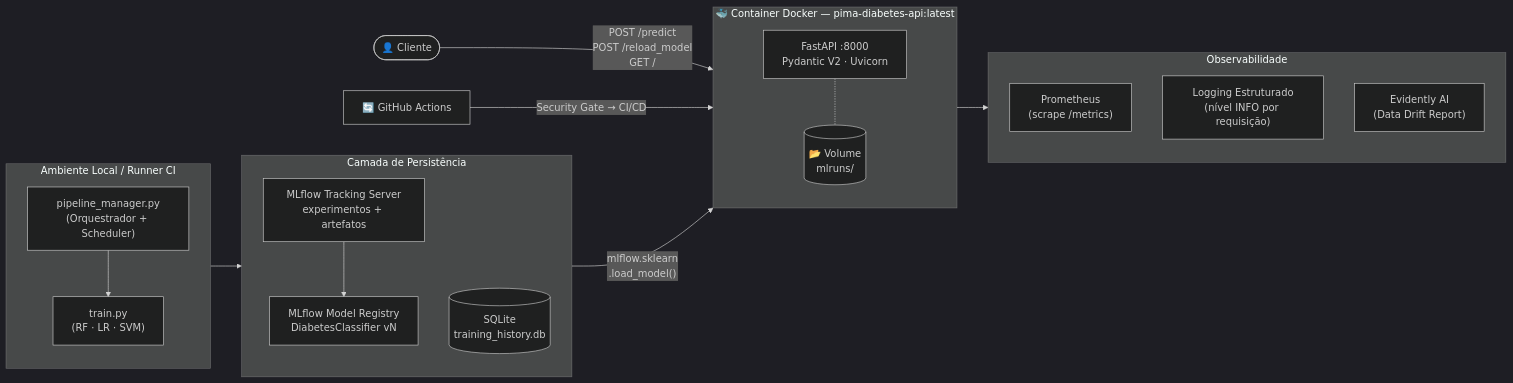
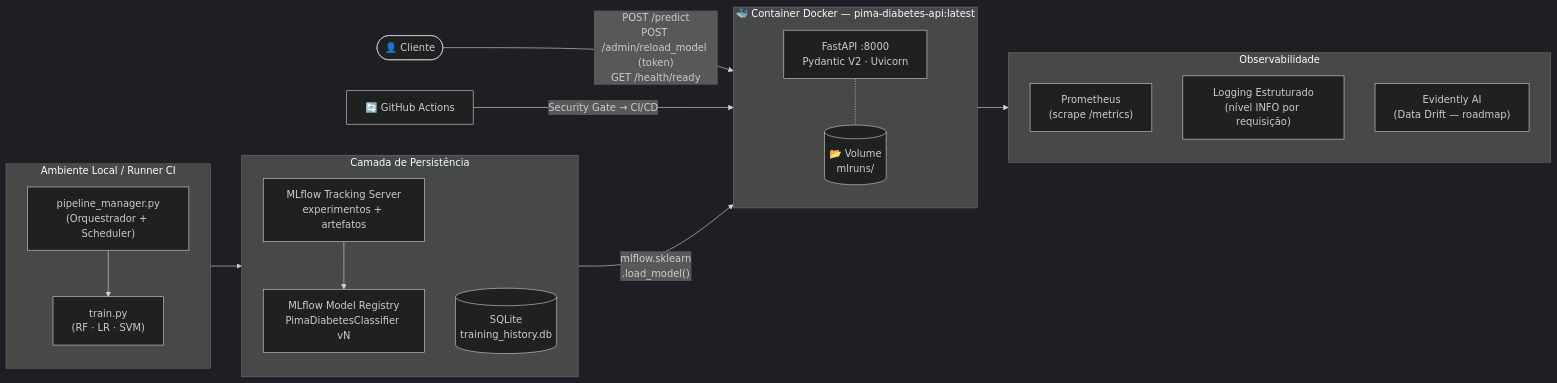
Before and after one commit to ArthurS357/santander-ml-pipeline: the second of 2 diagrams in README.md, drawn with Mermaid (dark theme). The commit also changed other lines of this file and 6 other files, not shown here.

Commit message:
fix(api): padroniza nome do modelo, adiciona health probes e protege endpoint de reload

````diff
--- a/README.md
+++ b/README.md
@@ -112,38 +111,38 @@
 ```mermaid
 graph LR
     subgraph LOCAL ["Ambiente Local / Runner CI"]
         direction TB
         PM["pipeline_manager.py\n(Orquestrador + Scheduler)"]
         TR["train.py\n(RF · LR · SVM)"]
         PM --> TR
     end
 
     subgraph STORAGE ["Camada de Persistência"]
         direction TB
         MLFLOW_T["MLflow Tracking Server\nexperimentos + artefatos"]
-        MLFLOW_R["MLflow Model Registry\nDiabetesClassifier vN"]
+        MLFLOW_R["MLflow Model Registry\nPimaDiabetesClassifier vN"]
         SQLITE[(SQLite\ntraining_history.db)]
         MLFLOW_T --> MLFLOW_R
     end
 
     TR --> STORAGE
 
     subgraph CONTAINER ["🐳  Container Docker — pima-diabetes-api:latest"]
         direction TB
         API["FastAPI :8000\nPydantic V2 · Uvicorn"]
         VOL[("📂 Volume\nmlruns/")]
         API -.- VOL
     end
 
     MLFLOW_R -->|"mlflow.sklearn\n.load_model()"| API
 
     subgraph OBS ["Observabilidade"]
         PROM["Prometheus\n(scrape /metrics)"]
         LOG["Logging Estruturado\n(nível INFO por requisição)"]
-        DRIFT["Evidently AI\n(Data Drift Report)"]
+        DRIFT["Evidently AI\n(Data Drift — roadmap)"]
     end
 
     API --> OBS
-    CLIENT(["👤 Cliente"]) -->|"POST /predict\nPOST /reload_model\nGET /"| API
+    CLIENT(["👤 Cliente"]) -->|"POST /predict\nPOST /admin/reload_model (token)\nGET /health/ready"| API
     GHA["🔄 GitHub Actions"] -->|"Security Gate → CI/CD"| CONTAINER
 ```
````
